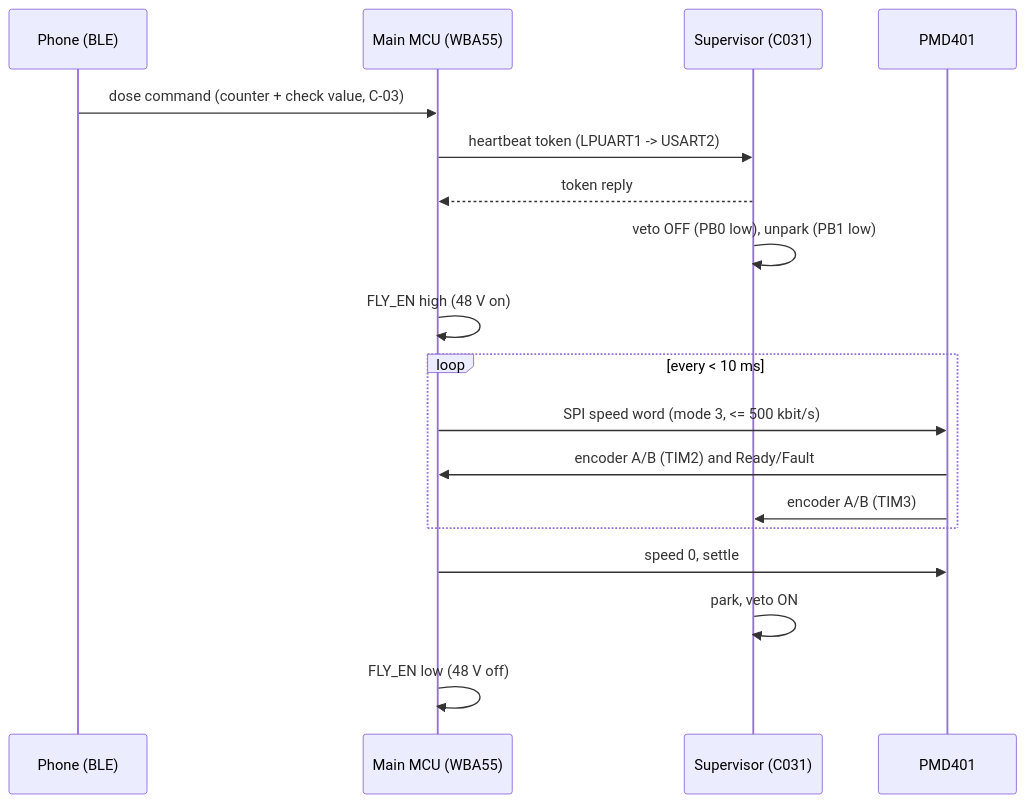
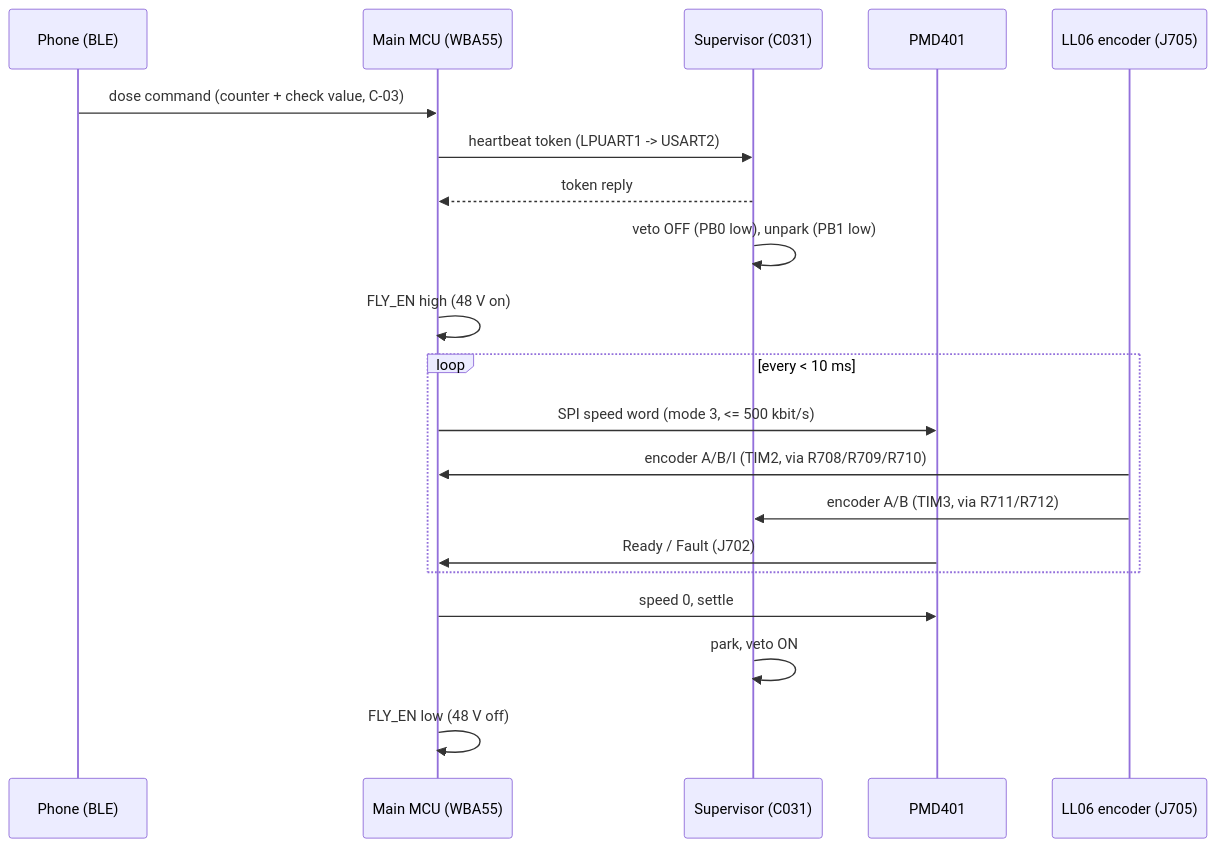
Before and after one commit to BigBiglinn/INSULIN_PUMP: the second of 2 diagrams in docs/report/PROJECT_ENGINEERING_REPORT.md, drawn with Mermaid. The commit also changed other lines of this file and 10 other files, not shown here.

````diff
--- a/docs/report/PROJECT_ENGINEERING_REPORT.md
+++ b/docs/report/PROJECT_ENGINEERING_REPORT.md
@@ -515,20 +547,22 @@
 ```mermaid
 sequenceDiagram
   participant P as Phone (BLE)
   participant M as Main MCU (WBA55)
   participant S as Supervisor (C031)
   participant D as PMD401
+  participant E as LL06 encoder (J705)
   P->>M: dose command (counter + check value, C-03)
   M->>S: heartbeat token (LPUART1 -> USART2)
   S-->>M: token reply
   S->>S: veto OFF (PB0 low), unpark (PB1 low)
   M->>M: FLY_EN high (48 V on)
   loop every < 10 ms
     M->>D: SPI speed word (mode 3, <= 500 kbit/s)
-    D->>M: encoder A/B (TIM2) and Ready/Fault
-    D->>S: encoder A/B (TIM3)
+    E->>M: encoder A/B/I (TIM2, via R708/R709/R710)
+    E->>S: encoder A/B (TIM3, via R711/R712)
+    D->>M: Ready / Fault (J702)
   end
   M->>D: speed 0, settle
   S->>S: park, veto ON
   M->>M: FLY_EN low (48 V off)
 ```
````
